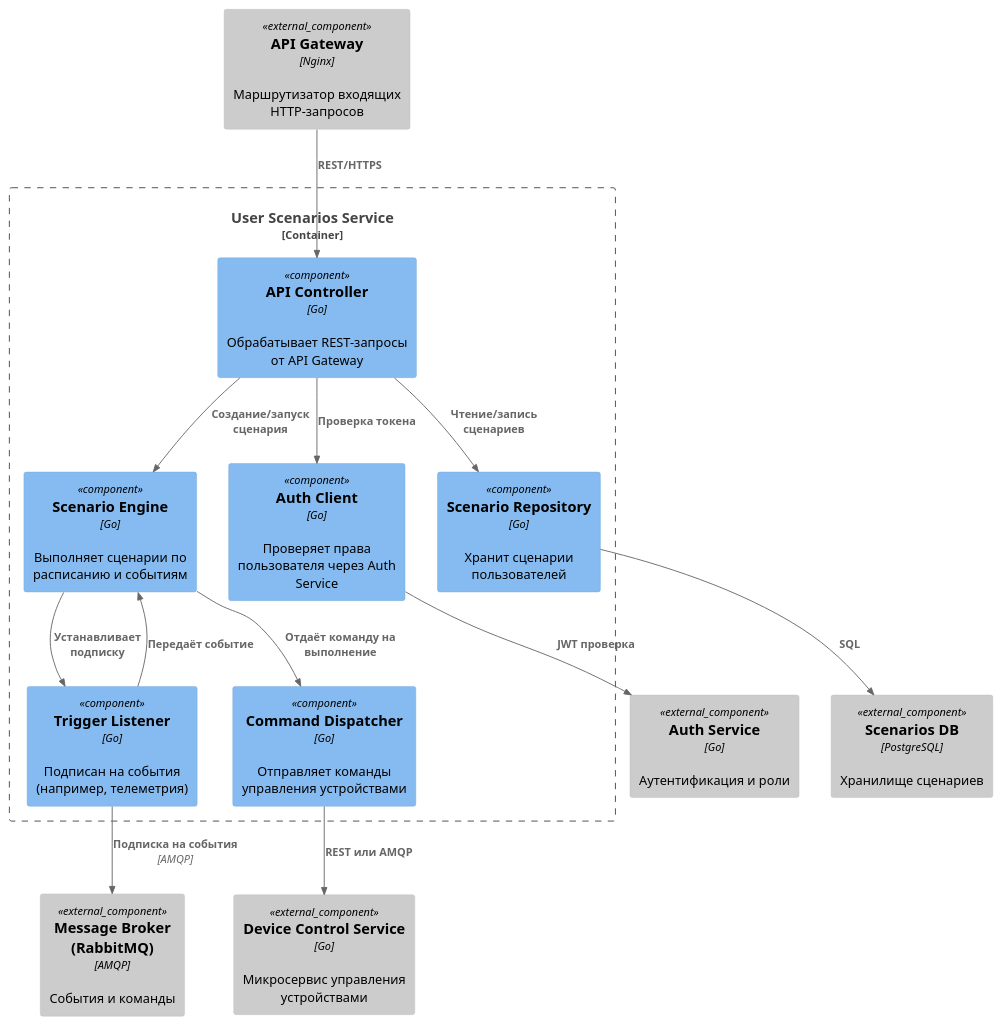
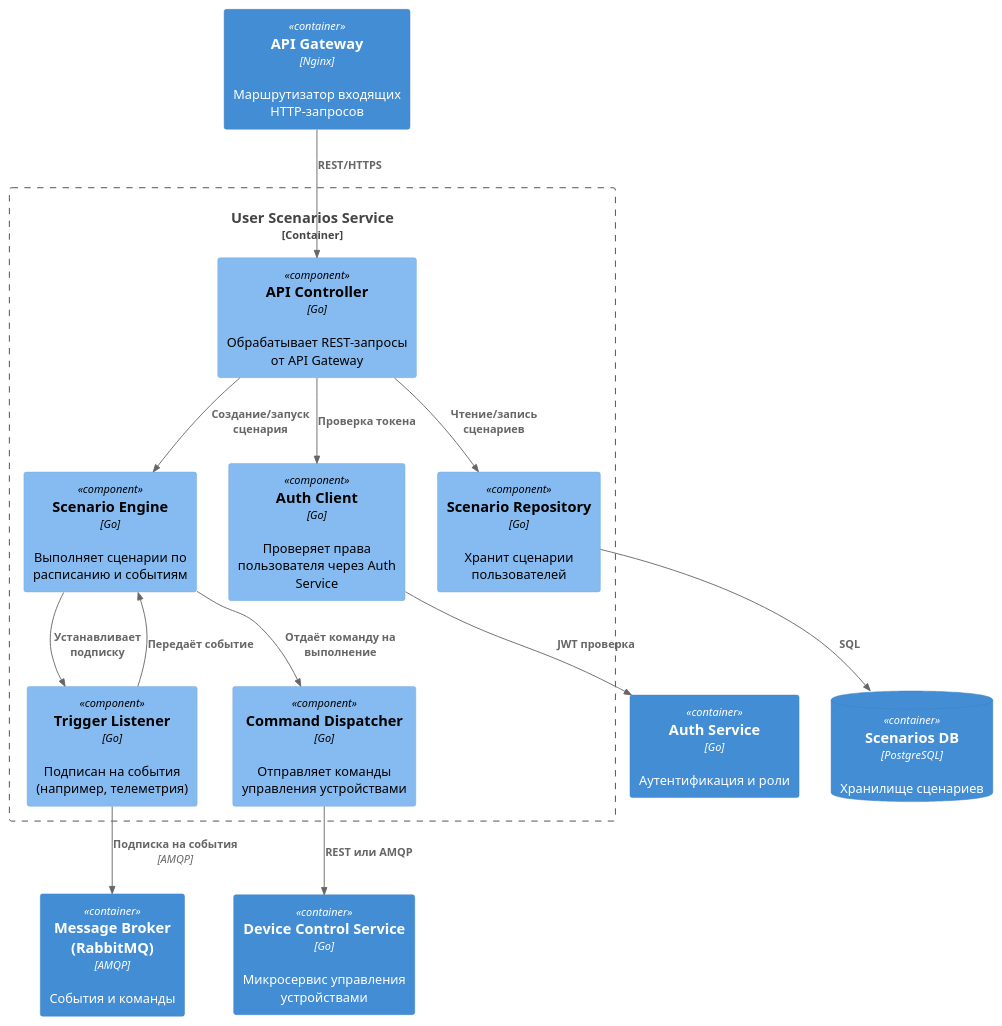
The diagram in docs/diagrams/components/UserScenarioService.puml (ZhurkinAngular/Warmhouse), drawn with PlantUML before and after one commit. The commit also changed 4 other files, not shown here.

Commit message:
Update diagrams

```diff
--- a/docs/diagrams/components/UserScenarioService.puml
+++ b/docs/diagrams/components/UserScenarioService.puml
@@ -1,35 +1,34 @@
 @startuml
 !include <C4/C4_Component>
 
 Container_Boundary(userScenarios, "User Scenarios Service") {
-
   Component(apiController, "API Controller", "Go", "Обрабатывает REST-запросы от API Gateway")
   Component(authClient, "Auth Client", "Go", "Проверяет права пользователя через Auth Service")
   Component(scenarioEngine, "Scenario Engine", "Go", "Выполняет сценарии по расписанию и событиям")
   Component(triggerListener, "Trigger Listener", "Go", "Подписан на события (например, телеметрия)")
   Component(scenarioRepo, "Scenario Repository", "Go", "Хранит сценарии пользователей")
   Component(commandDispatcher, "Command Dispatcher", "Go", "Отправляет команды управления устройствами")
 }
 
-Component_Ext(apiGatewayExt, "API Gateway", "Nginx", "Маршрутизатор входящих HTTP-запросов")
-Component_Ext(authServiceExt, "Auth Service", "Go", "Аутентификация и роли")
-Component_Ext(messageBrokerExt, "Message Broker (RabbitMQ)", "AMQP", "События и команды")
-Component_Ext(deviceControlExt, "Device Control Service", "Go", "Микросервис управления устройствами")
-Component_Ext(scenariosDbExt, "Scenarios DB", "PostgreSQL", "Хранилище сценариев")
+Container(apiGateway, "API Gateway", "Nginx", "Маршрутизатор входящих HTTP-запросов")
+Container(authService, "Auth Service", "Go", "Аутентификация и роли")
+Container(messageBroker, "Message Broker (RabbitMQ)", "AMQP", "События и команды")
+Container(deviceControl, "Device Control Service", "Go", "Микросервис управления устройствами")
+ContainerDb(scenariosDb, "Scenarios DB", "PostgreSQL", "Хранилище сценариев")
 
-Rel(apiGatewayExt, apiController, "REST/HTTPS")
+Rel(apiGateway, apiController, "REST/HTTPS")
 Rel(apiController, authClient, "Проверка токена")
 Rel(apiController, scenarioRepo, "Чтение/запись сценариев")
 Rel(apiController, scenarioEngine, "Создание/запуск сценария")
 Rel(scenarioEngine, triggerListener, "Устанавливает подписку")
-Rel(triggerListener, messageBrokerExt, "Подписка на события", "AMQP")
+Rel(triggerListener, messageBroker, "Подписка на события", "AMQP")
 Rel(triggerListener, scenarioEngine, "Передаёт событие")
 
 Rel(scenarioEngine, commandDispatcher, "Отдаёт команду на выполнение")
-Rel(commandDispatcher, deviceControlExt, "REST или AMQP")
+Rel(commandDispatcher, deviceControl, "REST или AMQP")
 
-Rel(scenarioRepo, scenariosDbExt, "SQL")
+Rel(scenarioRepo, scenariosDb, "SQL")
 
-Rel(authClient, authServiceExt, "JWT проверка")
+Rel(authClient, authService, "JWT проверка")
 
 @enduml
```
